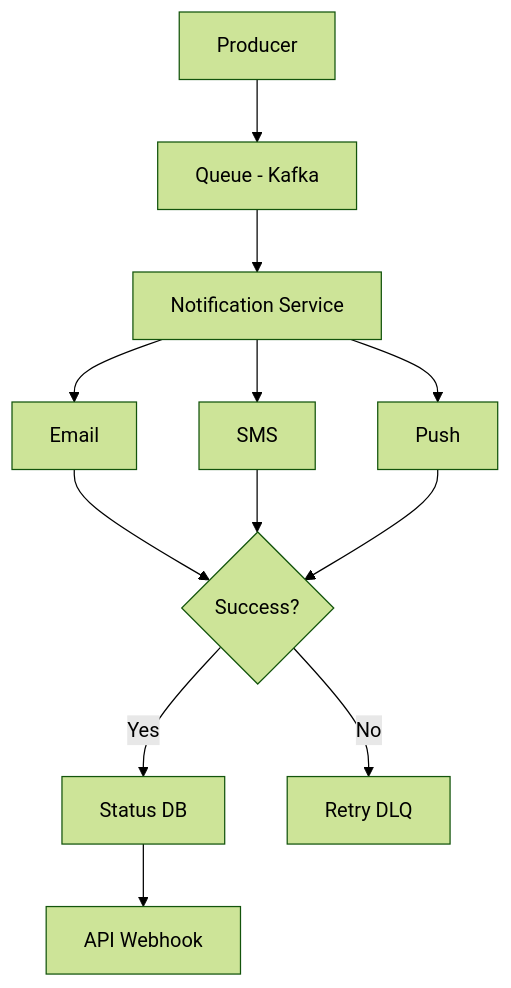
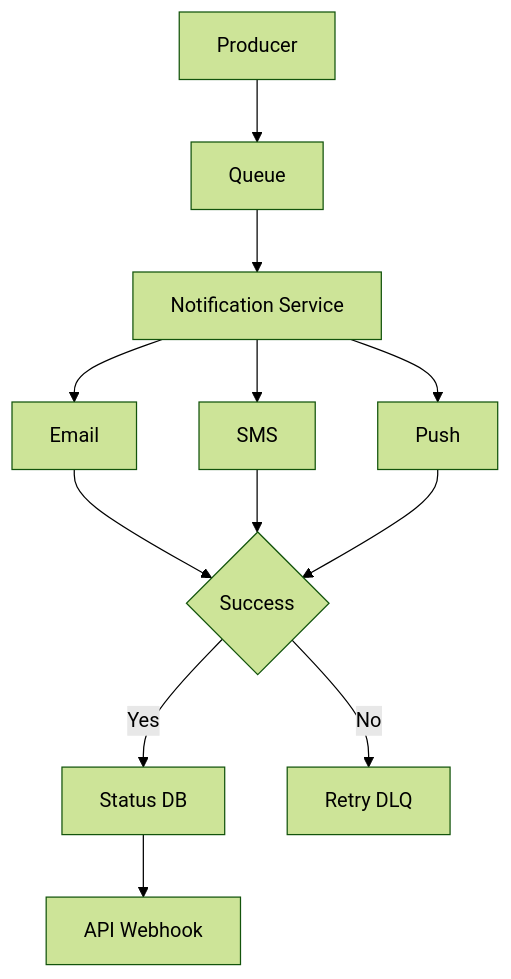
One commit to techquestsoft/InterviewQuestions changed the diagram in 2026-SystemDesign-Architecture.md. Above: the diagram before and after it, drawn with Mermaid (forest theme). The commit also changed other lines of this file, not shown here.

````diff
--- a/2026-SystemDesign-Architecture.md
+++ b/2026-SystemDesign-Architecture.md
@@ -116,18 +115,14 @@
 ```mermaid
 flowchart TD
-    A[Producer] --> B[Queue - Kafka]
+    A[Producer] --> B[Queue]
     B --> C[Notification Service]
-
     C --> D1[Email]
     C --> D2[SMS]
     C --> D3[Push]
-
-    D1 --> H{Success?}
+    D1 --> H{Success}
     D2 --> H
     D3 --> H
-
     H -->|Yes| F[Status DB]
     H -->|No| E[Retry DLQ]
-
     F --> G[API Webhook]
 ```
````
